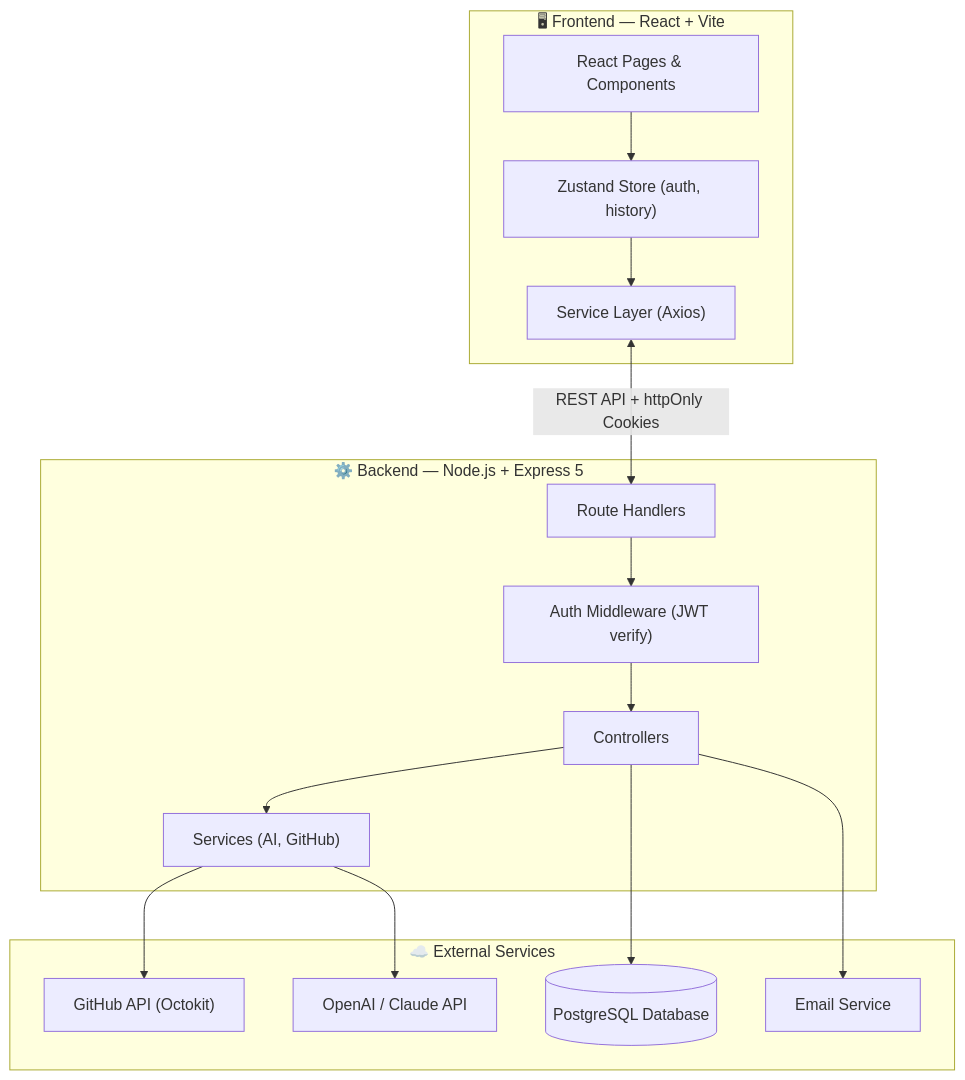
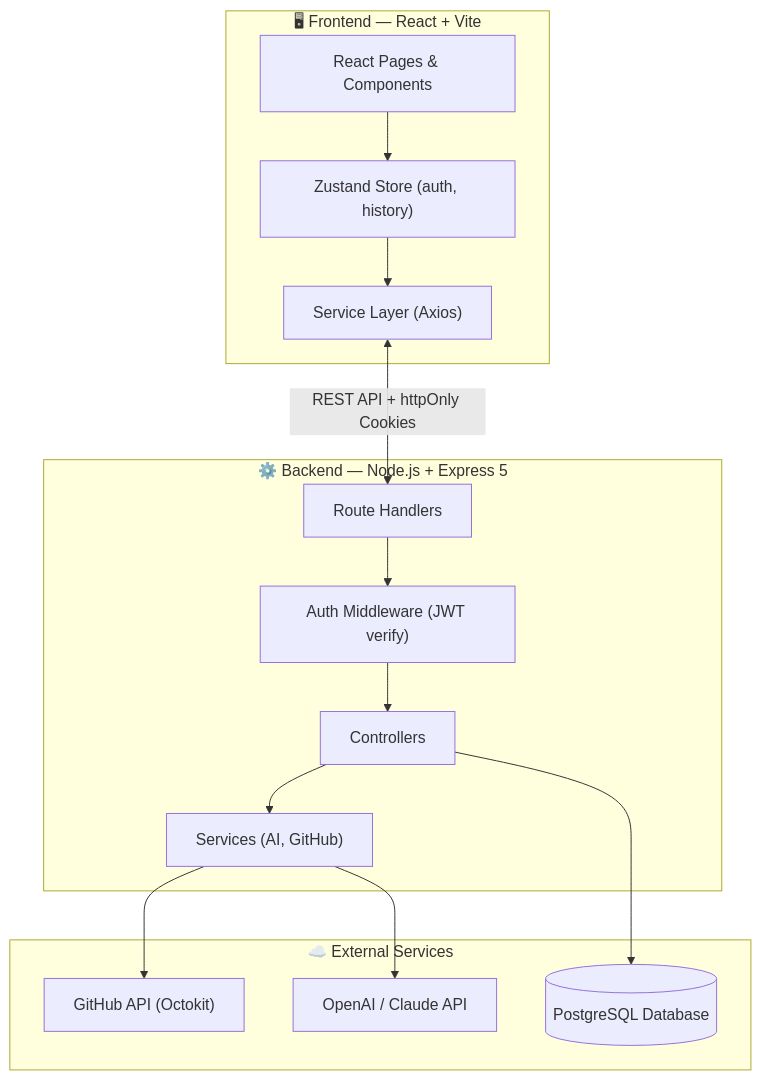
One commit to Makwana-Nikunj/PRLens changed the first of 3 diagrams in README.md. Above: the diagram before and after it, drawn with Mermaid. The commit also changed other lines of this file and 2 other files, not shown here.

Commit message:
docs: refresh README accuracy across AI providers, API routes, and architecture flows

````diff
--- a/README.md
+++ b/README.md
@@ -99,30 +106,28 @@
 ```mermaid
 flowchart TB
     subgraph Client["🖥 Frontend — React + Vite"]
         UI["React Pages & Components"]
         Store["Zustand Store (auth, history)"]
         Services["Service Layer (Axios)"]
         UI --> Store --> Services
     end
 
     subgraph Server["⚙️ Backend — Node.js + Express 5"]
         Routes["Route Handlers"]
         Auth["Auth Middleware (JWT verify)"]
         Controllers["Controllers"]
         Services2["Services (AI, GitHub)"]
         Routes --> Auth --> Controllers --> Services2
     end
 
     subgraph External["☁️ External Services"]
         GitHub["GitHub API (Octokit)"]
         AI["OpenAI / Claude API"]
         PostgreSQL[("PostgreSQL Database")]
-        SMTP["Email Service"]
     end
 
     Services <-->|"REST API + httpOnly Cookies"| Routes
     Services2 --> GitHub
     Services2 --> AI
     Controllers --> PostgreSQL
-    Controllers --> SMTP
 ```
````
